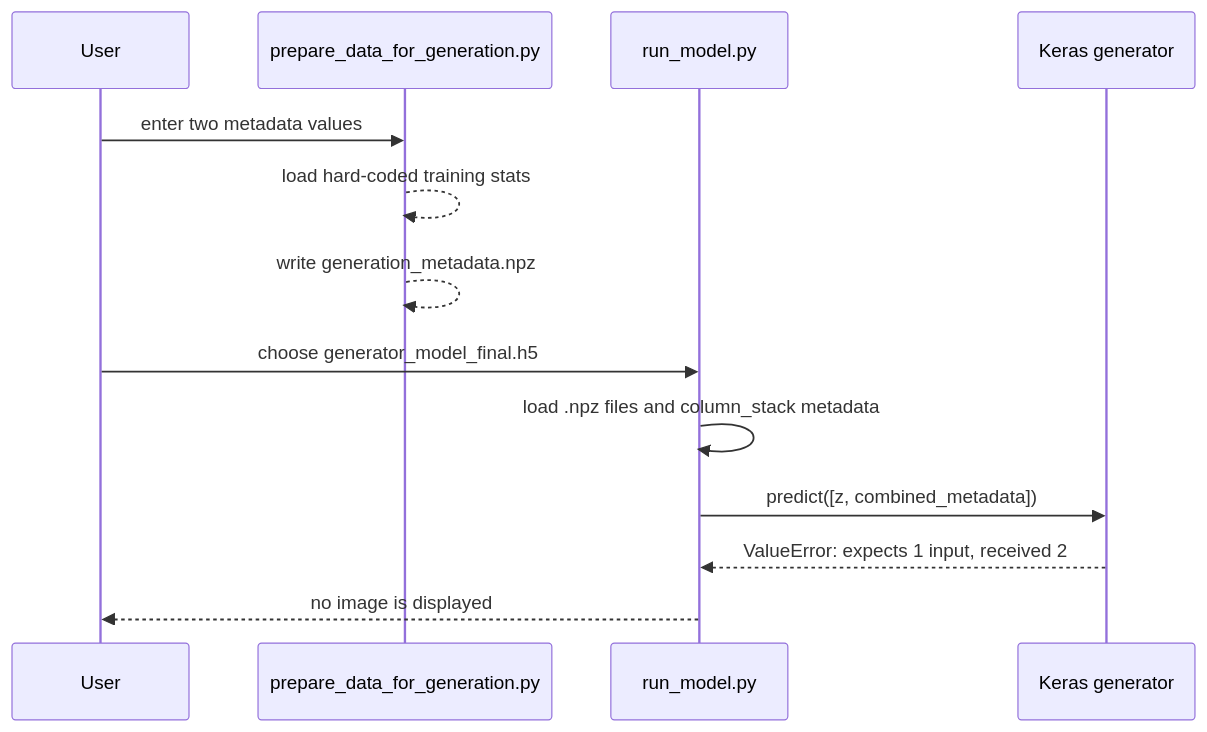
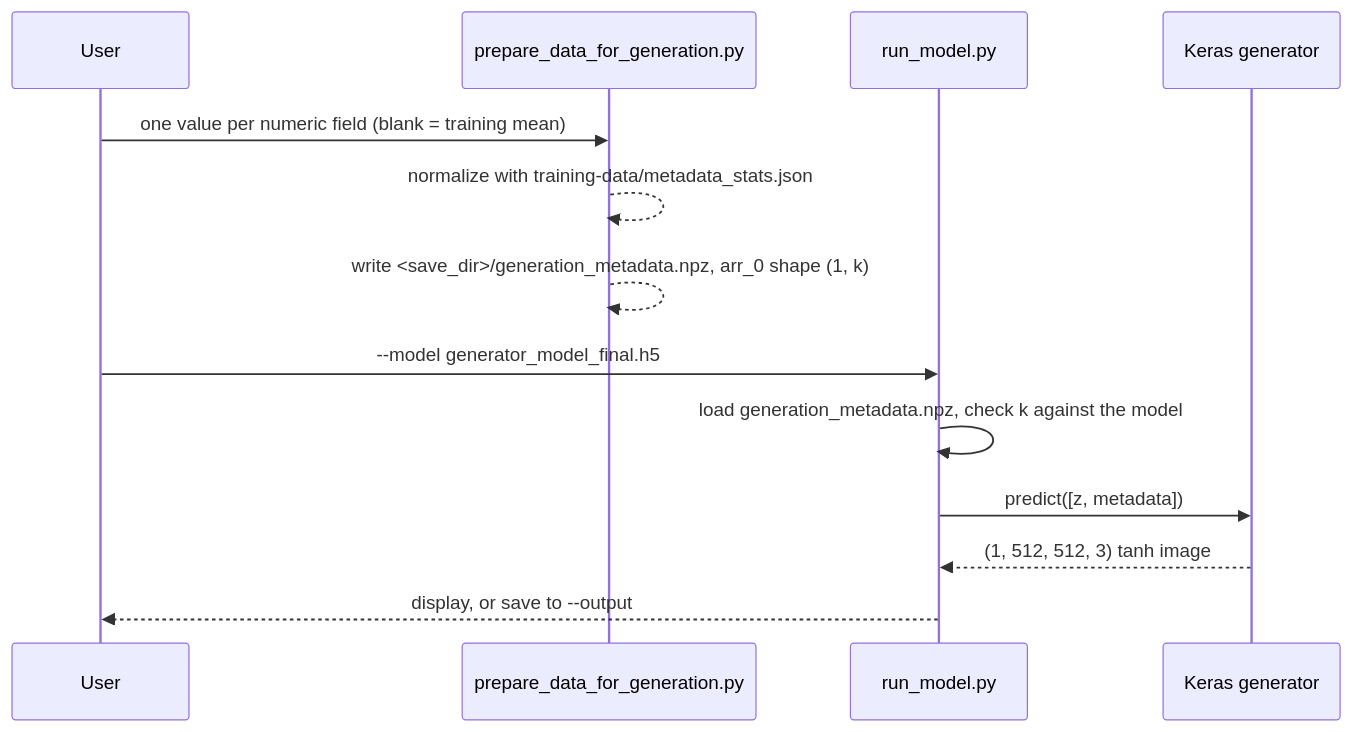
One commit to Bissbert/GemDiagramAI changed the diagram in docs/inference.md. Above: the diagram before and after it, drawn with Mermaid. The commit also changed other lines of this file and 8 other files, not shown here.

````diff
--- a/docs/inference.md
+++ b/docs/inference.md
@@ -10,16 +9,16 @@
 ```mermaid
 sequenceDiagram
     participant U as User
     participant P as prepare_data_for_generation.py
     participant R as run_model.py
     participant K as Keras generator
 
-    U->>P: enter two metadata values
-    P-->>P: load hard-coded training stats
-    P-->>P: write generation_metadata.npz
-    U->>R: choose generator_model_final.h5
-    R->>R: load .npz files and column_stack metadata
-    R->>K: predict([z, combined_metadata])
-    K-->>R: ValueError: expects 1 input, received 2
-    R-->>U: no image is displayed
+    U->>P: one value per numeric field (blank = training mean)
+    P-->>P: normalize with training-data/metadata_stats.json
+    P-->>P: write <save_dir>/generation_metadata.npz, arr_0 shape (1, k)
+    U->>R: --model generator_model_final.h5
+    R->>R: load generation_metadata.npz, check k against the model
+    R->>K: predict([z, metadata])
+    K-->>R: (1, 512, 512, 3) tanh image
+    R-->>U: display, or save to --output
 ```
````
